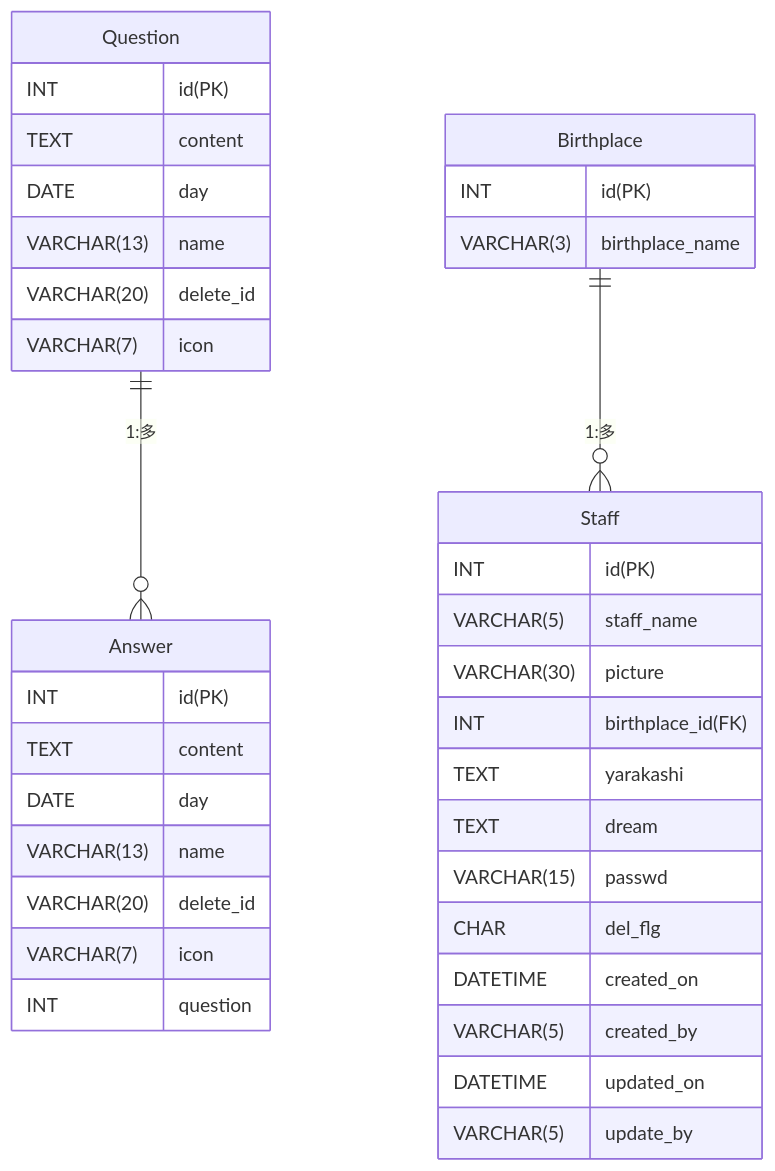
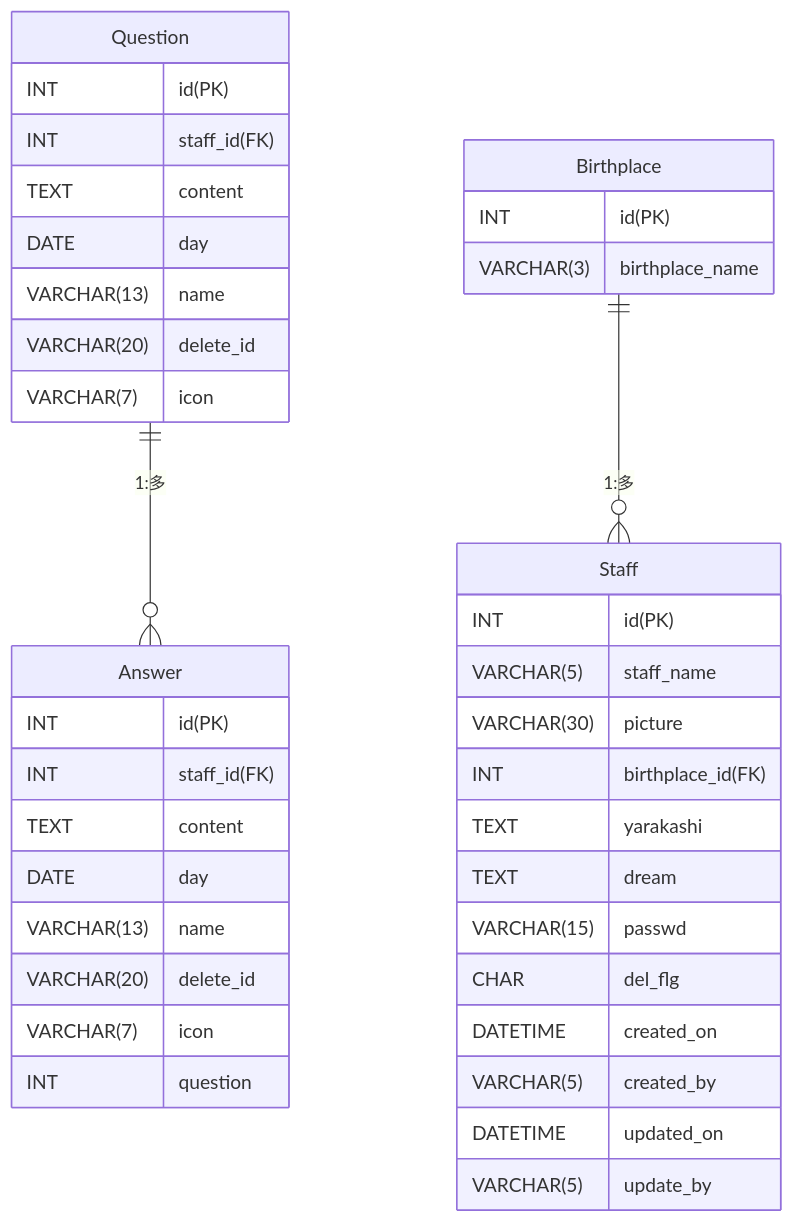
One commit to juntaso/kintone changed the diagram in er.md. Above: the diagram before and after it, drawn with Mermaid.

````diff
--- a/er.md
+++ b/er.md
@@ -1,47 +1,49 @@
 ```mermaid
 erDiagram
 
 Question ||--o{ Answer: "1:多"
 Birthplace ||--o{ Staff: "1:多"
 
 Question{
 INT id(PK)
+INT staff_id(FK)
 TEXT content
 DATE day
 VARCHAR(13) name
 VARCHAR(20) delete_id
 VARCHAR(7) icon
 }
 
 Answer{
 INT id(PK)
+INT staff_id(FK)
 TEXT content
 DATE day
 VARCHAR(13) name
 VARCHAR(20) delete_id
 VARCHAR(7) icon
 INT question
 }
 
 Staff{
  INT id(PK)
  VARCHAR(5) staff_name
  VARCHAR(30) picture
  INT birthplace_id(FK)
  TEXT yarakashi
  TEXT dream
  VARCHAR(15) passwd
  CHAR del_flg
  DATETIME created_on
  VARCHAR(5) created_by
  DATETIME updated_on
  VARCHAR(5) update_by
 }
 
 Birthplace{
 INT id(PK)
 VARCHAR(3) birthplace_name
 }
 
 
 ```
````
